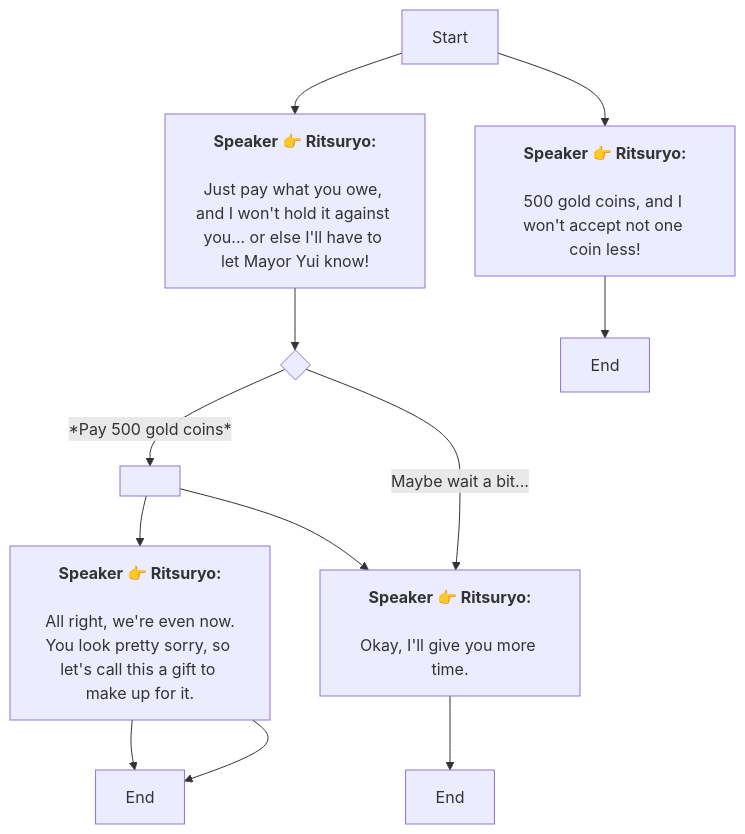
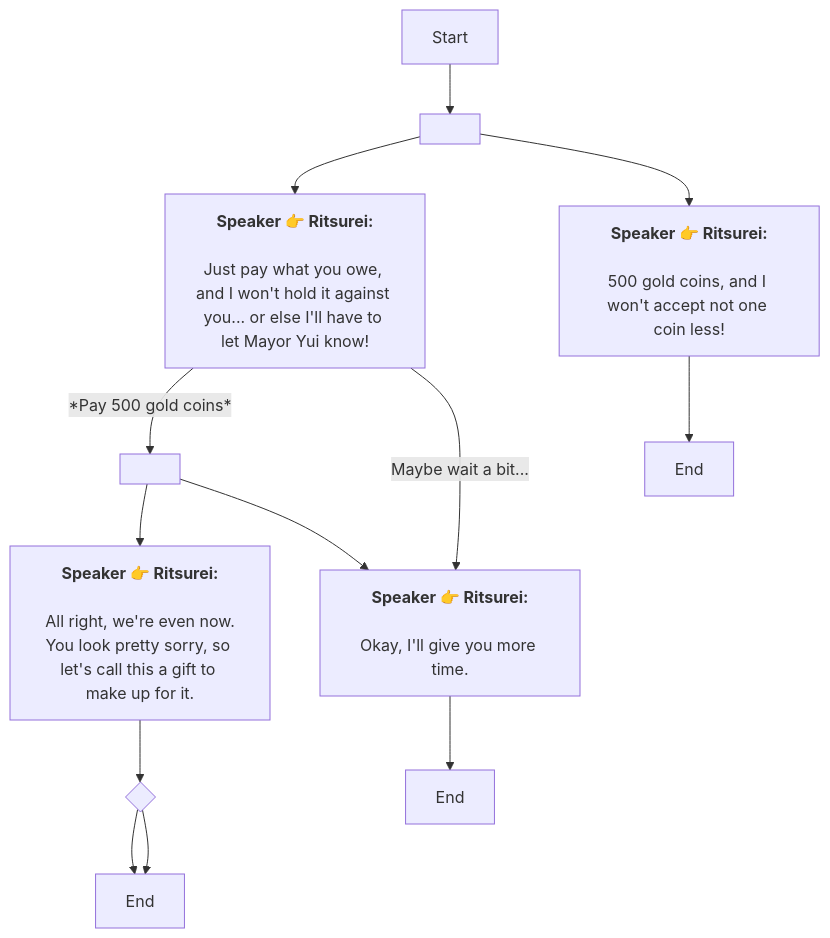
The diagram in En/QuestTalkObjectiveNode_1739145281838423.md (SoftHu/tos_avg), drawn with Mermaid before and after one commit. The commit also changed 737 other files, not shown here.

````diff
--- a/En/QuestTalkObjectiveNode_1739145281838423.md
+++ b/En/QuestTalkObjectiveNode_1739145281838423.md
@@ -1,27 +1,22 @@
 ```mermaid
 graph
-Start -->1739145508784474[<b>Speaker 👉 Ritsuryo:</b>
-
-Just pay what you owe, 
+Start -->1739411791792326[ ]
+1739411791792326 -->1739145508784474[<b>Speaker 👉 Ritsurei:</b>
+\nJust pay what you owe, 
 and I won't hold it against you... or else I'll have to let Mayor Yui know!]
-Start -->1739146462102898[<b>Speaker 👉 Ritsuryo:</b>
-
-500 gold coins, and I won't accept not one coin less!]
-1739145508784474 -->1739145613992284{ }
-1739145613992284 -->|*Pay 500 gold coins*|1739145581540699[ ]
-1739145613992284 -->|Maybe wait a bit...|1739145810487649[<b>Speaker 👉 Ritsuryo:</b>
-
-Okay, I'll give you more time.]
-1739145581540699 -->1739145858092387[<b>Speaker 👉 Ritsuryo:</b>
-
-All right, we're even now.
-You look pretty sorry, so let's call this a gift to make up for it.]
-1739145581540699 -->1739145810487649[<b>Speaker 👉 Ritsuryo:</b>
-
-Okay, I'll give you more time.]
-1739145858092387 -->1739146078617956[End]
-1739145858092387 -->1739146078617956[End]
+1739411791792326 -->1739146462102898[<b>Speaker 👉 Ritsurei:</b>
+\n500 gold coins, and I won't accept not one coin less!]
+1739145508784474 -->|*Pay 500 gold coins*|1739145581540699[ ]
+1739145508784474 -->|Maybe wait a bit...|1739145810487649[<b>Speaker 👉 Ritsurei:</b>
+\nOkay, I'll give you more time.]
+1739145581540699 -->1739145858092387[<b>Speaker 👉 Ritsurei:</b>
+\nAll right, we're even now.\nYou look pretty sorry, so let's call this a gift to make up for it.]
+1739145581540699 -->1739145810487649[<b>Speaker 👉 Ritsurei:</b>
+\nOkay, I'll give you more time.]
+1739145858092387 -->1770734707650649{ }
+1770734707650649 -->1739146078617956[End]
+1770734707650649 -->1739146078617956[End]
 1739145810487649 -->1739145852275042[End]
 1739146462102898 -->1739146492336499[End]
 
- ```
+```
````
